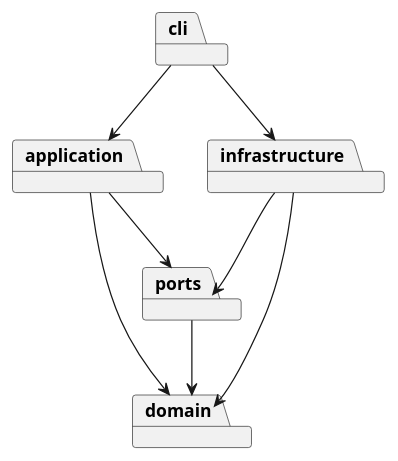
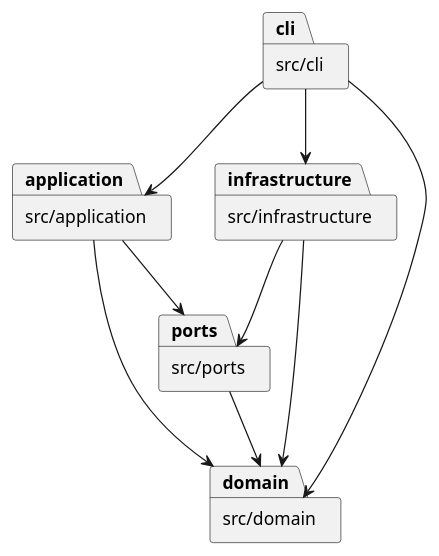
One commit to Monthlyaway/svg-cli changed the diagram in doc/README.md. Above: the diagram before and after it, drawn with PlantUML. The commit also changed other lines of this file and 2 other files, not shown here.

````diff
--- a/doc/README.md
+++ b/doc/README.md
@@ -15,16 +23,17 @@
 ```plantuml
 @startuml
-package cli
-package application
-package ports
-package domain
-package infrastructure
+package "src/cli" as cli
+package "src/application" as application
+package "src/ports" as ports
+package "src/domain" as domain
+package "src/infrastructure" as infrastructure
 cli --> application
 cli --> infrastructure
+cli --> domain
 application --> domain
 application --> ports
 ports --> domain
 infrastructure --> ports
 infrastructure --> domain
 @enduml
 ```
````
